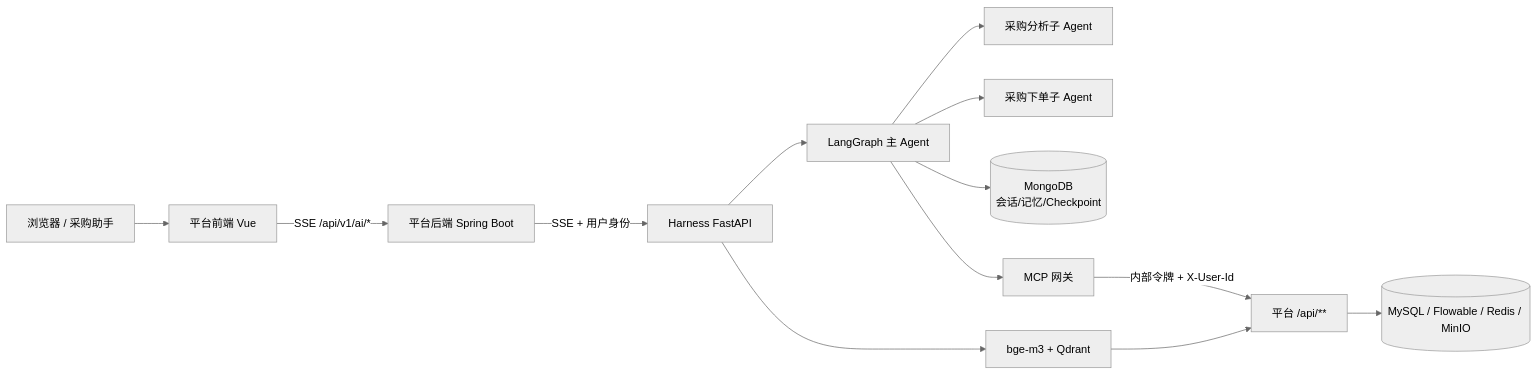
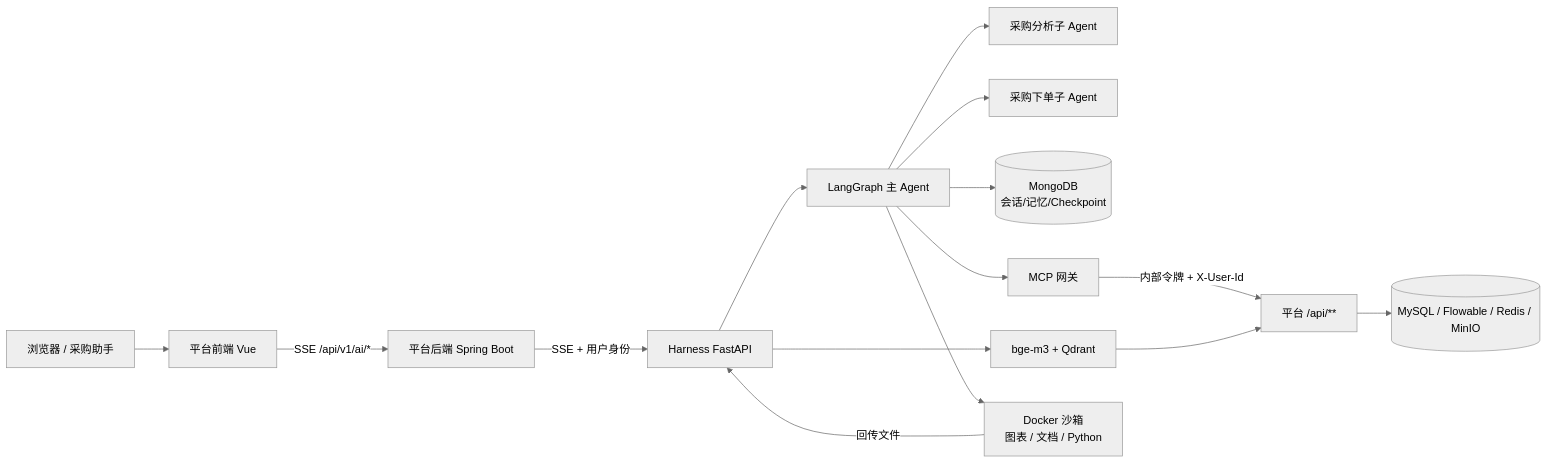
One commit to q2392044156/procurement-agent-harness changed the diagram in README.md. Above: the diagram before and after it, drawn with Mermaid (neutral theme). The commit also changed other lines of this file and 1 other file, not shown here.

````diff
--- a/README.md
+++ b/README.md
@@ -27,15 +27,17 @@
 ```mermaid
 flowchart LR
   U["浏览器 / 采购助手"] --> FE["平台前端 Vue"]
   FE -->|"SSE /api/v1/ai/*"| BE["平台后端 Spring Boot"]
   BE -->|"SSE + 用户身份"| A["Harness FastAPI"]
   A --> G["LangGraph 主 Agent"]
   G --> S1["采购分析子 Agent"]
   G --> S2["采购下单子 Agent"]
   G --> MEM[("MongoDB<br/>会话/记忆/Checkpoint")]
   G --> MCP["MCP 网关"]
   MCP -->|"内部令牌 + X-User-Id"| API["平台 /api/**"]
   A --> RAG["bge-m3 + Qdrant"]
   RAG --> API
+  G --> SBX["Docker 沙箱<br/>图表 / 文档 / Python"]
+  SBX -->|"回传文件"| A
   API --> DB[("MySQL / Flowable / Redis / MinIO")]
 ```
````
